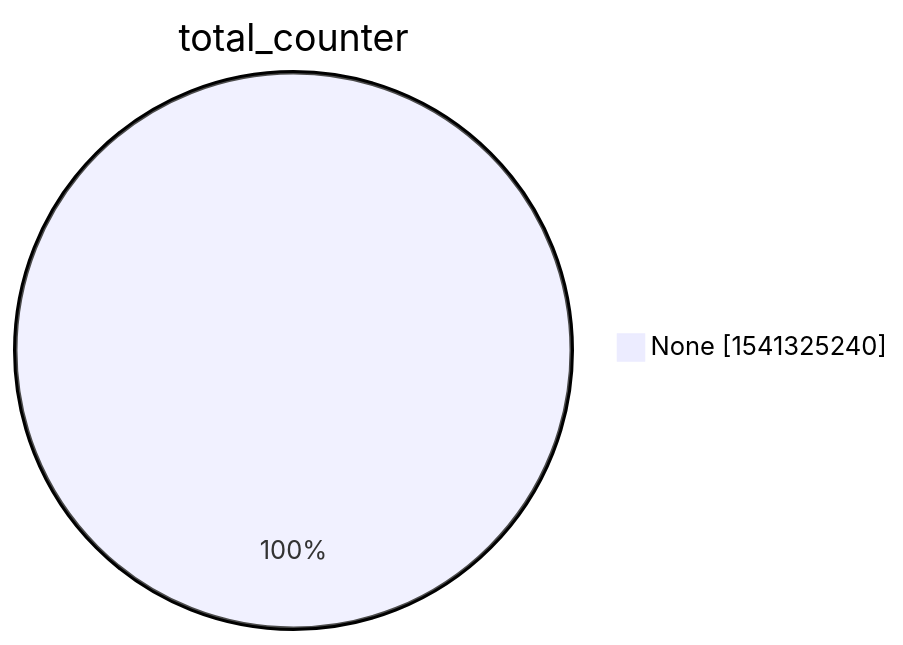
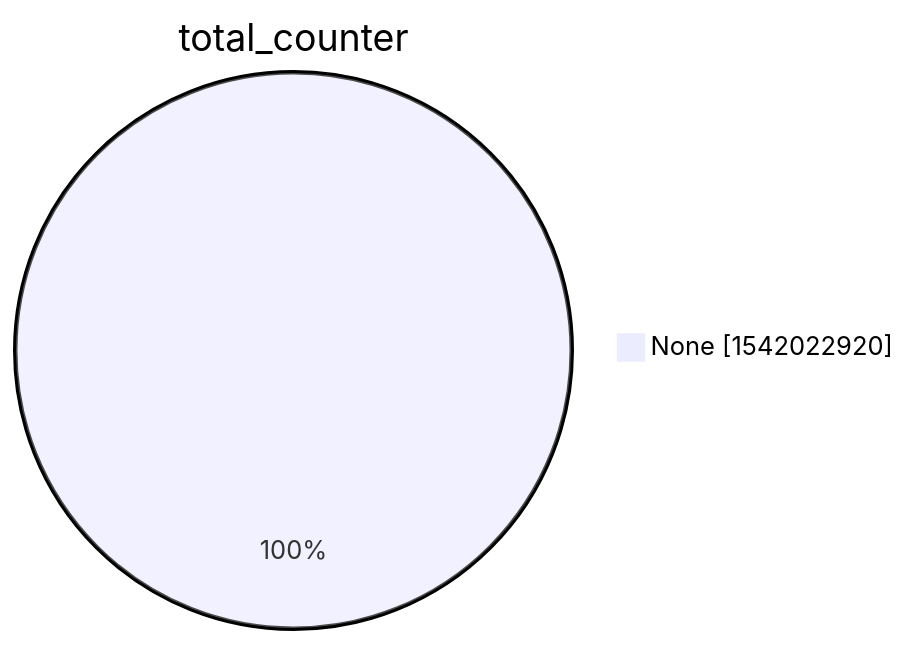
The second of 15 diagrams in xenon2022/README.md (christiankrug/ctmonitor_visualization), drawn with Mermaid before and after one commit. The commit also changed other lines of this file, not shown here.

````diff
--- a/xenon2022/README.md
+++ b/xenon2022/README.md
@@ -9,5 +9,5 @@
 ```mermaid
 pie showData
 title total_counter
-"None" :1541325240
+"None" :1542022920
 ```
````
